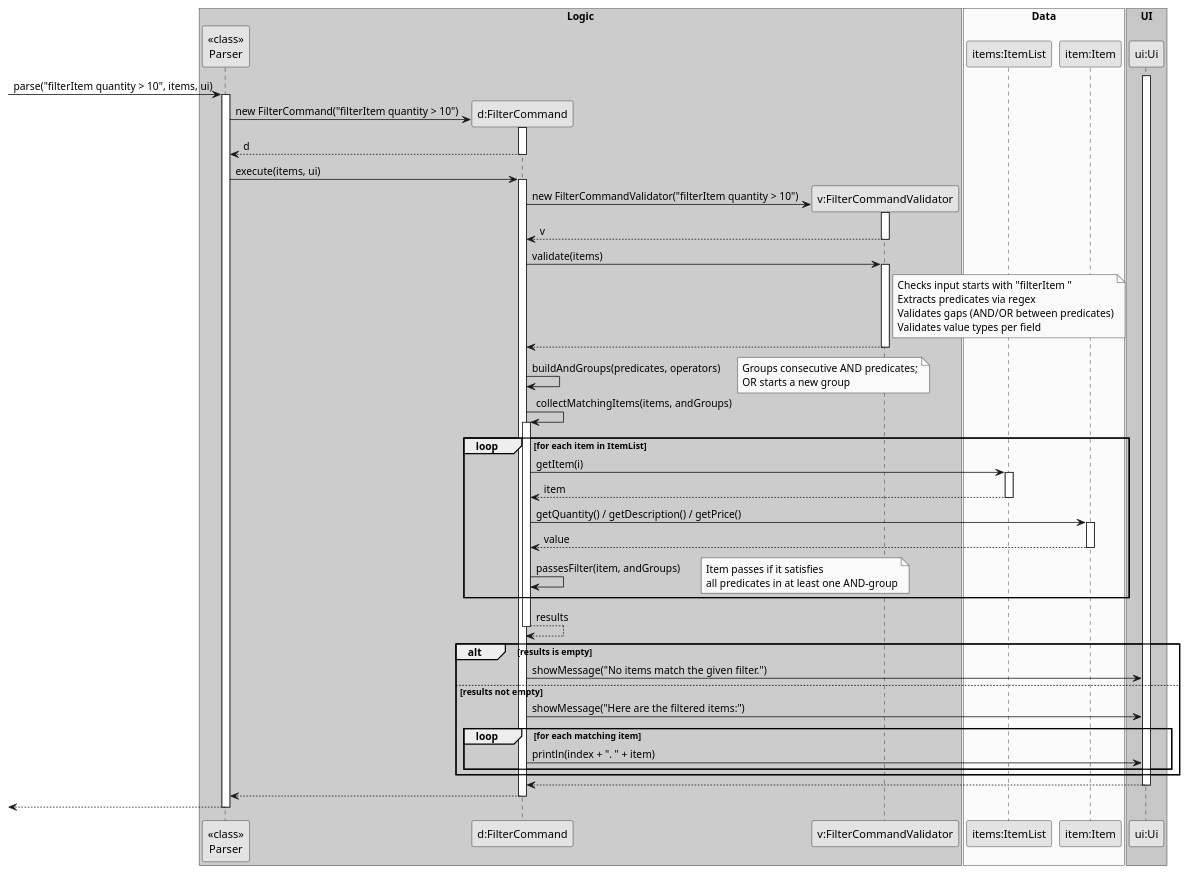
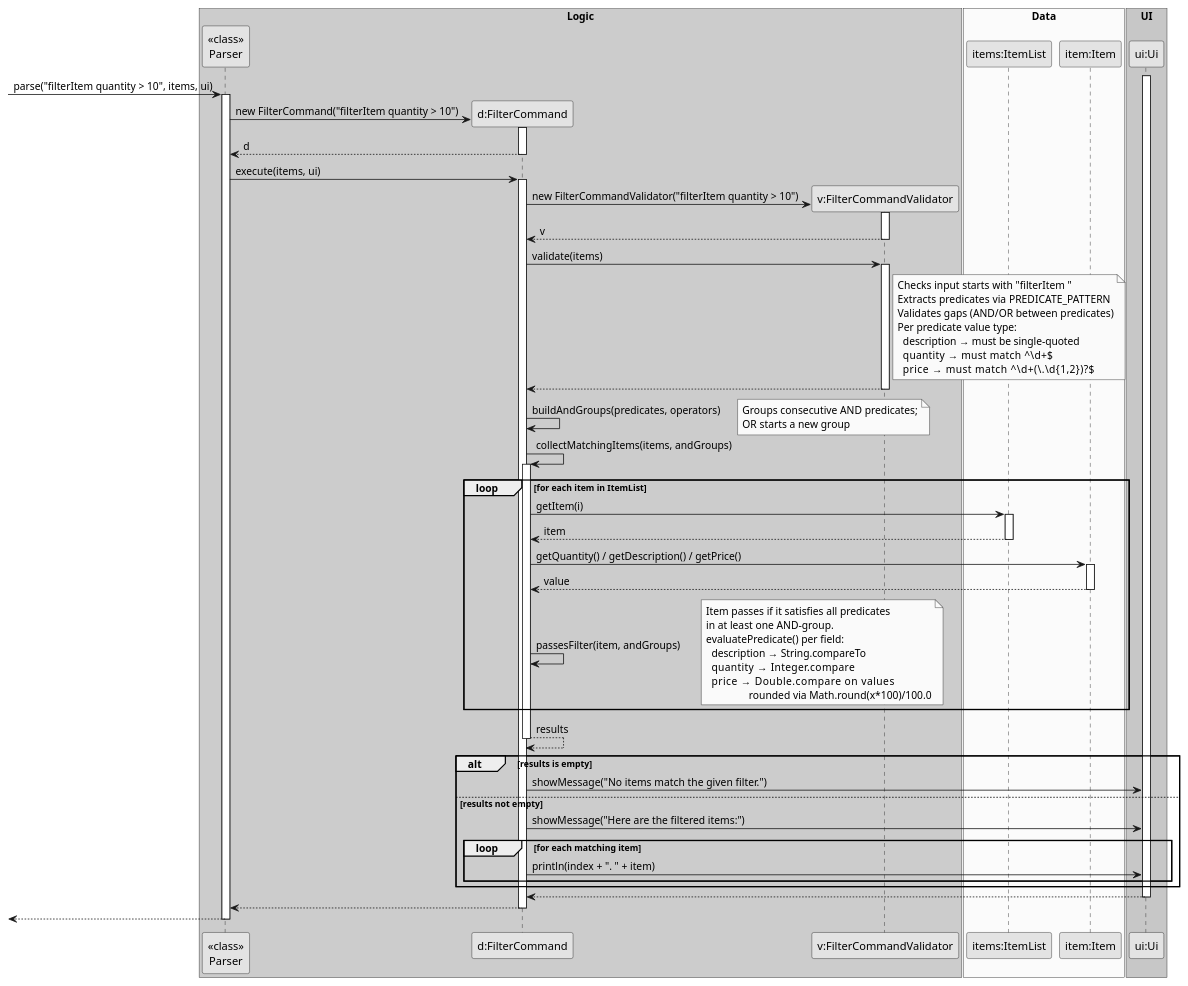
The diagram in docs/diagrams/FilterCommandSequenceDiagram.puml (kenpegrasio/tp), drawn with PlantUML before and after one commit. The commit also changed 12 other files, not shown here.

Commit message:
feat: support decimal price logic in filter item

```diff
--- a/docs/diagrams/FilterCommandSequenceDiagram.puml
+++ b/docs/diagrams/FilterCommandSequenceDiagram.puml
@@ -1,92 +1,103 @@
 @startuml
 skinparam monochrome true
 skinparam shadowing false
 
 box "Logic" #LightBlue
 participant "<<class>>\nParser" as Parser
 participant "d:FilterCommand" as FilterCommand
 participant "v:FilterCommandValidator" as FilterCommandValidator
 end box
 
 box "Data" #LightYellow
 participant "items:ItemList" as ItemList
 participant "item:Item" as Item
 end box
 
 box "UI" #LightGreen
 participant "ui:Ui" as Ui
 end box
 
 -> Parser : parse("filterItem quantity > 10", items, ui)
 activate Parser
 
 create FilterCommand
 Parser -> FilterCommand : new FilterCommand("filterItem quantity > 10")
 activate FilterCommand
 FilterCommand --> Parser : d
 deactivate FilterCommand
 
 Parser -> FilterCommand : execute(items, ui)
 activate FilterCommand
 
 create FilterCommandValidator
 FilterCommand -> FilterCommandValidator : new FilterCommandValidator("filterItem quantity > 10")
 activate FilterCommandValidator
 FilterCommandValidator --> FilterCommand : v
 deactivate FilterCommandValidator
 
 FilterCommand -> FilterCommandValidator : validate(items)
 activate FilterCommandValidator
 note right of FilterCommandValidator
   Checks input starts with "filterItem "
-  Extracts predicates via regex
+  Extracts predicates via PREDICATE_PATTERN
   Validates gaps (AND/OR between predicates)
-  Validates value types per field
+  Per predicate value type:
+    description → must be single-quoted
+    quantity    → must match ^\d+$
+    price       → must match ^\d+(\.\d{1,2})?$
 end note
 FilterCommandValidator --> FilterCommand
 deactivate FilterCommandValidator
 
 FilterCommand -> FilterCommand : buildAndGroups(predicates, operators)
 note right : Groups consecutive AND predicates;\nOR starts a new group
 
 FilterCommand -> FilterCommand : collectMatchingItems(items, andGroups)
 activate FilterCommand
 
 loop for each item in ItemList
     FilterCommand -> ItemList : getItem(i)
     activate ItemList
     ItemList --> FilterCommand : item
     deactivate ItemList
 
     FilterCommand -> Item : getQuantity() / getDescription() / getPrice()
     activate Item
     Item --> FilterCommand : value
     deactivate Item
 
     FilterCommand -> FilterCommand : passesFilter(item, andGroups)
-    note right : Item passes if it satisfies\nall predicates in at least one AND-group
+    note right
+      Item passes if it satisfies all predicates
+      in at least one AND-group.
+      evaluatePredicate() per field:
+        description → String.compareTo
+        quantity    → Integer.compare
+        price       → Double.compare on values
+                      rounded via Math.round(x*100)/100.0
+    end note
 end
 
 FilterCommand --> FilterCommand : results
 deactivate FilterCommand
 
 alt results is empty
     FilterCommand -> Ui : showMessage("No items match the given filter.")
 else results not empty
     FilterCommand -> Ui : showMessage("Here are the filtered items:")
     loop for each matching item
         FilterCommand -> Ui : println(index + ". " + item)
     end
 end
 
 activate Ui
 Ui --> FilterCommand
 deactivate Ui
 
 FilterCommand --> Parser
 deactivate FilterCommand
 
 <-- Parser
 deactivate Parser
 
 @enduml
```
